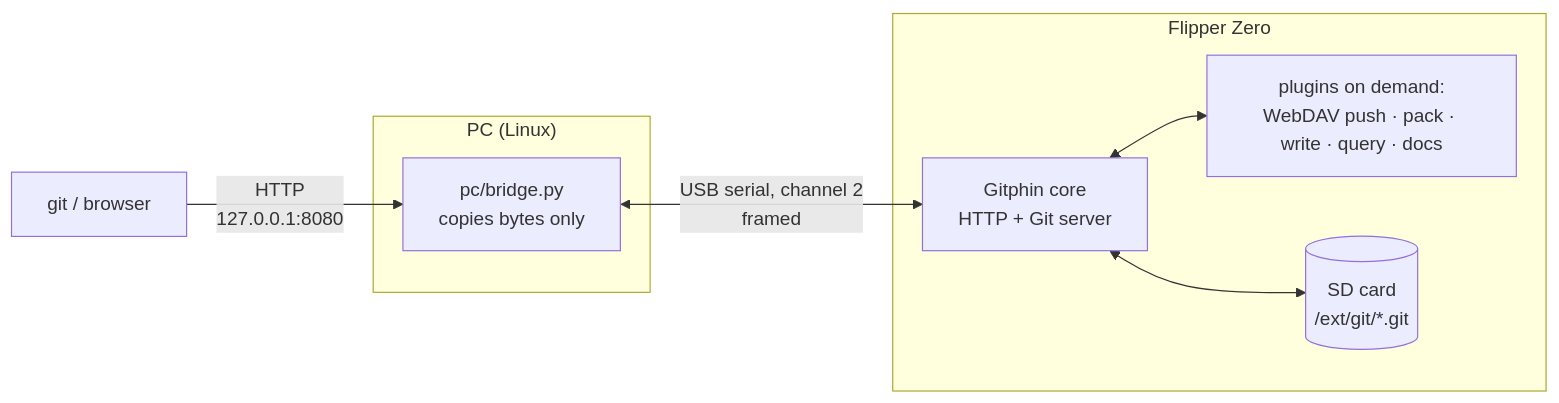
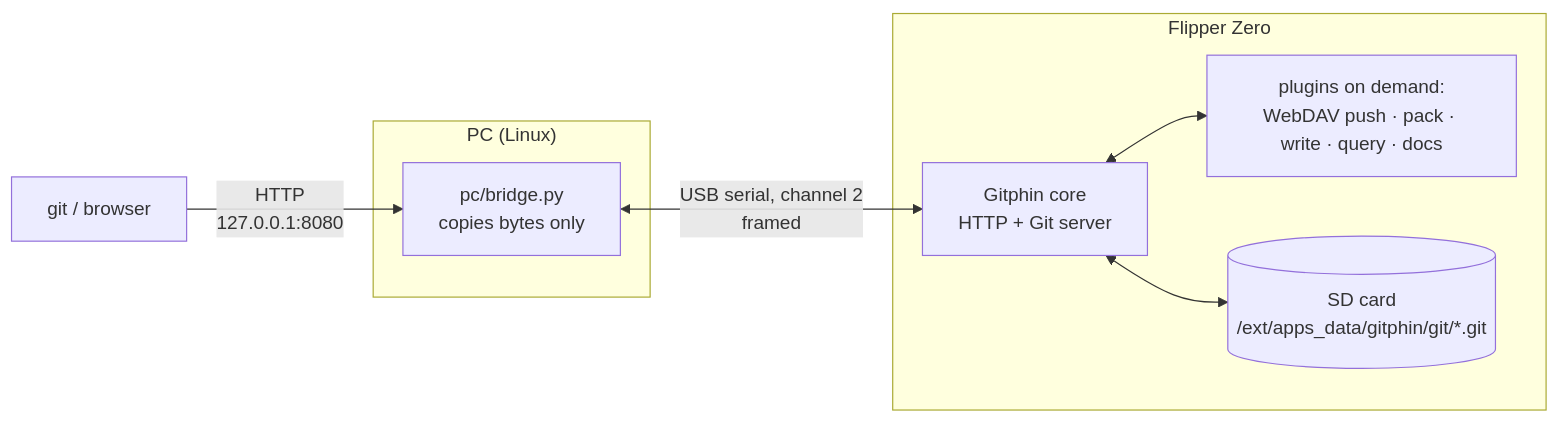
One commit to tkerby/flipperzero-firmware-wPlugins changed the diagram in README.md. Above: the diagram before and after it, drawn with Mermaid. The commit also changed other lines of this file and 27 other files, not shown here.

First line of the commit message:
Gitphin 1.1: repos in the app data folder, SD-only file API, catalog screenshots

````diff
--- a/README.md
+++ b/README.md
@@ -197,15 +197,15 @@
 ```mermaid
 flowchart LR
     git["git / browser"] -->|"HTTP<br/>127.0.0.1:8080"| bridge
     subgraph pc ["PC (Linux)"]
         bridge["pc/bridge.py<br/>copies bytes only"]
     end
     subgraph flipper ["Flipper Zero"]
         core["Gitphin core<br/>HTTP + Git server"]
         plugins["plugins on demand:<br/>WebDAV push · pack · write · query · docs"]
-        sd[("SD card<br/>/ext/git/*.git")]
+        sd[("SD card<br/>/ext/apps_data/gitphin/git/*.git")]
         core <--> plugins
         core <--> sd
     end
     bridge <-->|"USB serial, channel 2<br/>framed"| core
 ```
````
